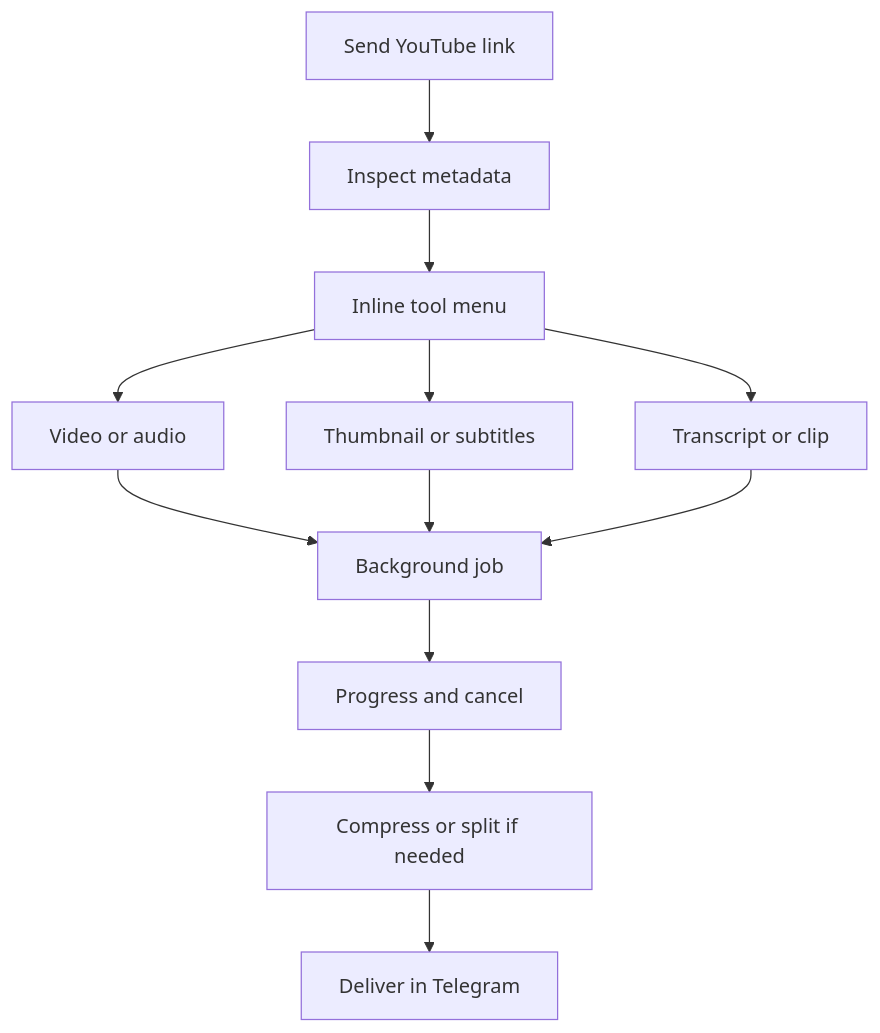
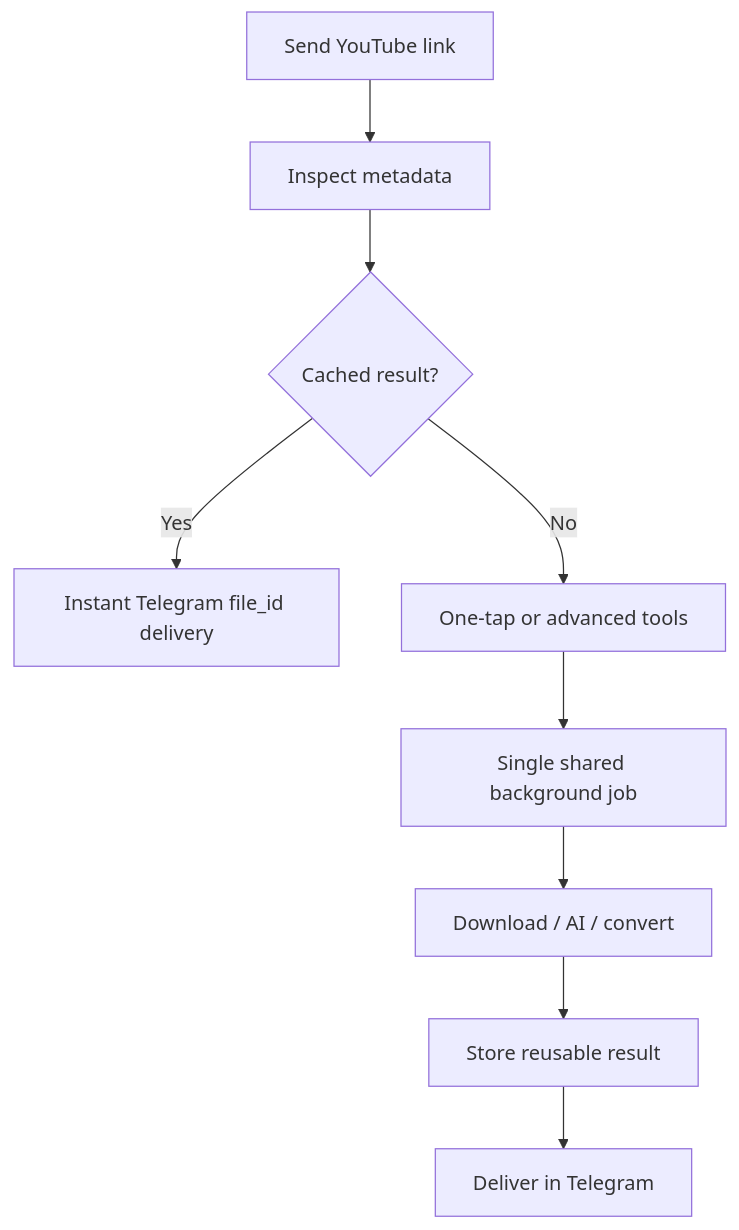
The first of 2 diagrams in README.md (aminov-nurmuhammad/TubeForge-Bot), drawn with Mermaid before and after one commit. The commit also changed other lines of this file and 53 other files, not shown here.

````diff
--- a/README.md
+++ b/README.md
@@ -120,14 +125,11 @@
 ```mermaid
 flowchart TD
     A["Send YouTube link"] --> B["Inspect metadata"]
-    B --> C["Inline tool menu"]
-    C --> D["Video or audio"]
-    C --> E["Thumbnail or subtitles"]
-    C --> F["Transcript or clip"]
-    D --> G["Background job"]
-    E --> G
-    F --> G
-    G --> H["Progress and cancel"]
-    H --> I["Compress or split if needed"]
-    I --> J["Deliver in Telegram"]
+    B --> C{"Cached result?"}
+    C -->|Yes| D["Instant Telegram file_id delivery"]
+    C -->|No| E["One-tap or advanced tools"]
+    E --> F["Single shared background job"]
+    F --> G["Download / AI / convert"]
+    G --> H["Store reusable result"]
+    H --> I["Deliver in Telegram"]
 ```
````
